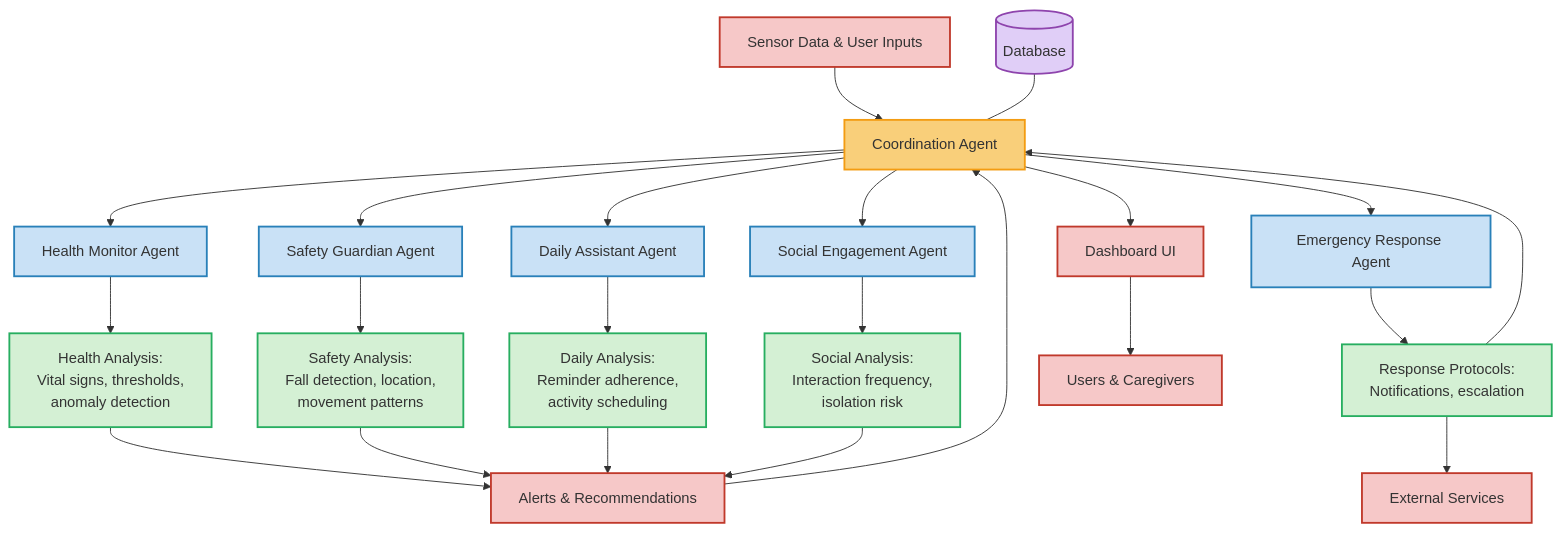
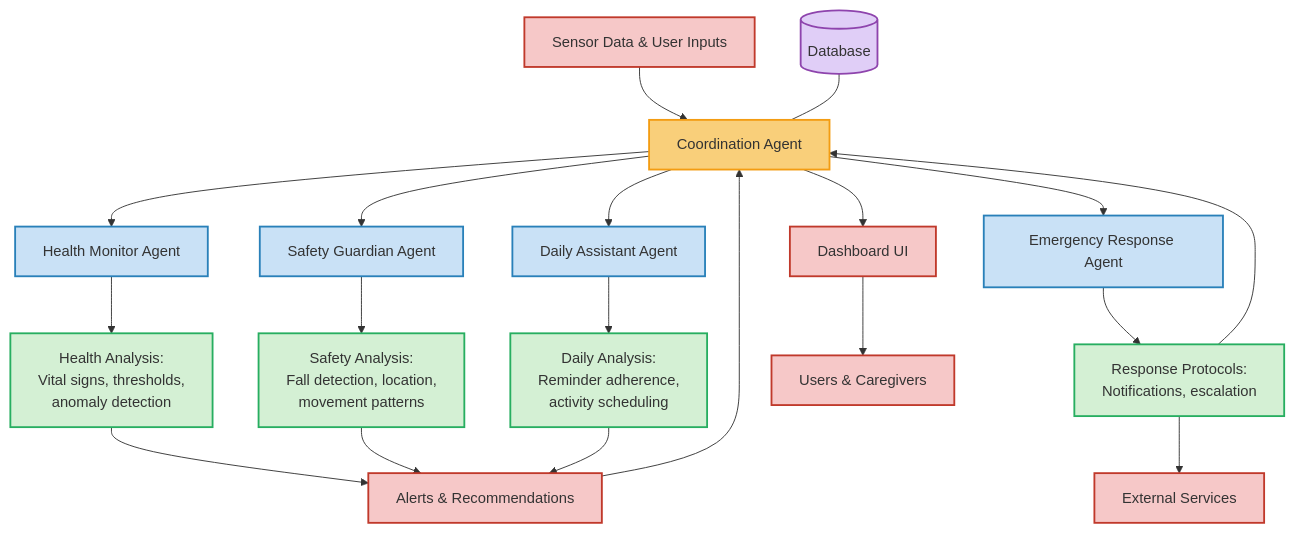
The diagram in README.md (neha-nambiar/CareCompanion-AI-Powered-Multi-Agent-System-for-Elderly-Care), drawn with Mermaid before and after one commit. The commit also changed other lines of this file, not shown here.

````diff
--- a/README.md
+++ b/README.md
@@ -29,55 +27,52 @@
 ```mermaid
 graph TD
-    
-    %% Data sources
-    SensorData[Sensor Data & User Inputs] --> Coord
-    
-    %% Coordination agent (central hub)
-    Coord[Coordination Agent] --> Health
-    Coord --> Safety
-    Coord --> Daily
-    Coord --> Social
-    Coord --> Emergency
-    
-    %% Specialized agents with specific analyses
-    Health[Health Monitor Agent] --> HealthAnalysis[Health Analysis:<br/>Vital signs, thresholds,<br/>anomaly detection]
-    Safety[Safety Guardian Agent] --> SafetyAnalysis[Safety Analysis:<br/>Fall detection, location,<br/>movement patterns]
-    Daily[Daily Assistant Agent] --> DailyAnalysis[Daily Analysis:<br/>Reminder adherence,<br/>activity scheduling]
-    Social[Social Engagement Agent] --> SocialAnalysis[Social Analysis:<br/>Interaction frequency,<br/>isolation risk]
-    
-    %% Results flow back to coordination
-    HealthAnalysis --> Alerts
-    SafetyAnalysis --> Alerts
-    DailyAnalysis --> Alerts
-    SocialAnalysis --> Alerts
-    
-    %% Alerts and recommendations
-    Alerts[Alerts & Recommendations] --> Coord
-    
-    %% Emergency handling
-    Emergency[Emergency Response Agent] --> Response[Response Protocols:<br/>Notifications, escalation]
-    Response --> Coord
-    Response --> External[External Services]
-    
-    %% Output paths
-    Coord --> Dashboard
-    
-    %% Dashboard UI
-    Dashboard[Dashboard UI] --> Users[Users & Caregivers]
-    
-    %% Database connections (simplified)
-    DB[(Database)] --- Coord
-    
-    %% Styling
-    classDef agents fill:#c9e1f6,stroke:#2980b9,stroke-width:2px
-    classDef analysis fill:#d4f0d4,stroke:#27ae60,stroke-width:2px
-    classDef coordination fill:#f9cf7a,stroke:#f39c12,stroke-width:2px
-    classDef external fill:#f6c8c8,stroke:#c0392b,stroke-width:2px
-    classDef database fill:#e0cef7,stroke:#8e44ad,stroke-width:2px
-    
-    class Health,Safety,Daily,Social,Emergency agents
-    class HealthAnalysis,SafetyAnalysis,DailyAnalysis,SocialAnalysis,Response analysis
-    class Coord coordination
-    class Alerts,Dashboard,External,Users,SensorData external
-    class DB database
+
+%% Data sources
+SensorData[Sensor Data & User Inputs] --> Coord
+
+%% Coordination agent (central hub)
+Coord[Coordination Agent] --> Health
+Coord --> Safety
+Coord --> Daily
+Coord --> Emergency
+
+%% Specialized agents with specific analyses
+Health[Health Monitor Agent] --> HealthAnalysis[Health Analysis:<br/>Vital signs, thresholds,<br/>anomaly detection]
+Safety[Safety Guardian Agent] --> SafetyAnalysis[Safety Analysis:<br/>Fall detection, location,<br/>movement patterns]
+Daily[Daily Assistant Agent] --> DailyAnalysis[Daily Analysis:<br/>Reminder adherence,<br/>activity scheduling]
+
+%% Results flow back to coordination
+HealthAnalysis --> Alerts
+SafetyAnalysis --> Alerts
+DailyAnalysis --> Alerts
+
+%% Alerts and recommendations
+Alerts[Alerts & Recommendations] --> Coord
+
+%% Emergency handling
+Emergency[Emergency Response Agent] --> Response[Response Protocols:<br/>Notifications, escalation]
+Response --> Coord
+Response --> External[External Services]
+
+%% Output paths
+Coord --> Dashboard
+
+%% Dashboard UI
+Dashboard[Dashboard UI] --> Users[Users & Caregivers]
+
+%% Database connections (simplified)
+DB[(Database)] --- Coord
+
+%% Styling
+classDef agents fill:#c9e1f6,stroke:#2980b9,stroke-width:2px
+classDef analysis fill:#d4f0d4,stroke:#27ae60,stroke-width:2px
+classDef coordination fill:#f9cf7a,stroke:#f39c12,stroke-width:2px
+classDef external fill:#f6c8c8,stroke:#c0392b,stroke-width:2px
+classDef database fill:#e0cef7,stroke:#8e44ad,stroke-width:2px
+
+class Health,Safety,Daily,Emergency agents
+class HealthAnalysis,SafetyAnalysis,DailyAnalysis,Response analysis
+class Coord coordination
+class Alerts,Dashboard,External,Users,SensorData external
+class DB database
 ```
````
